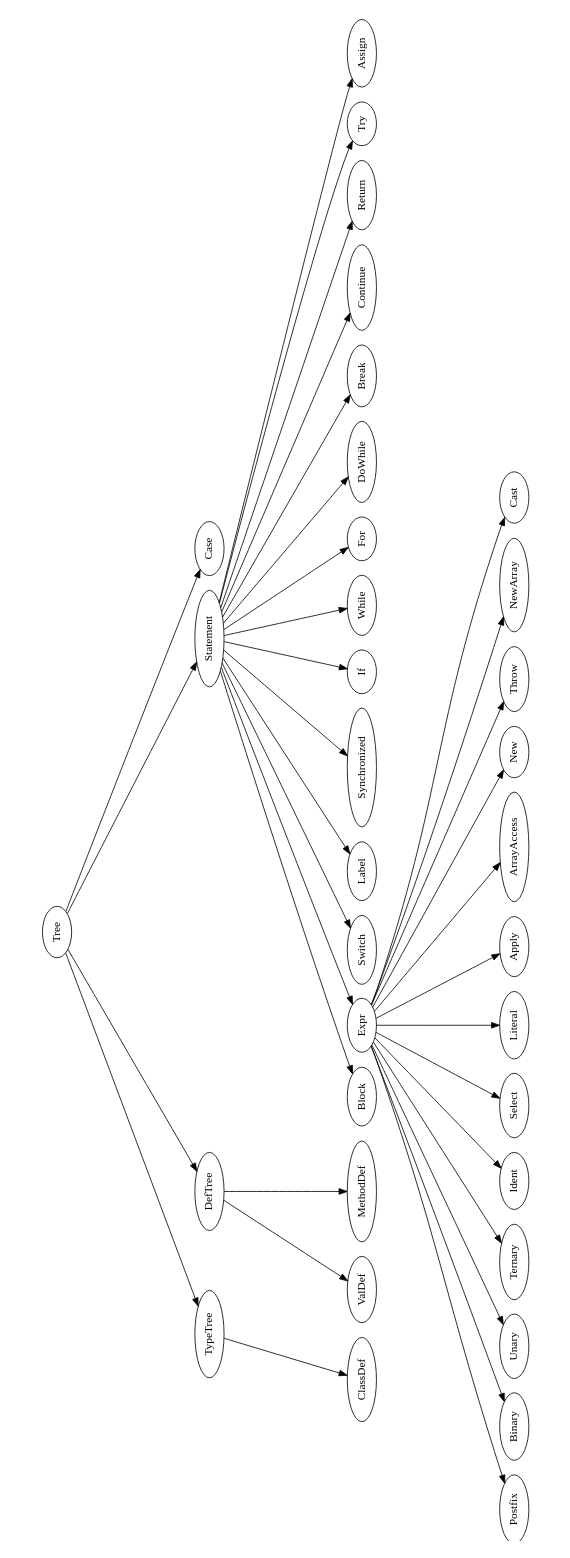
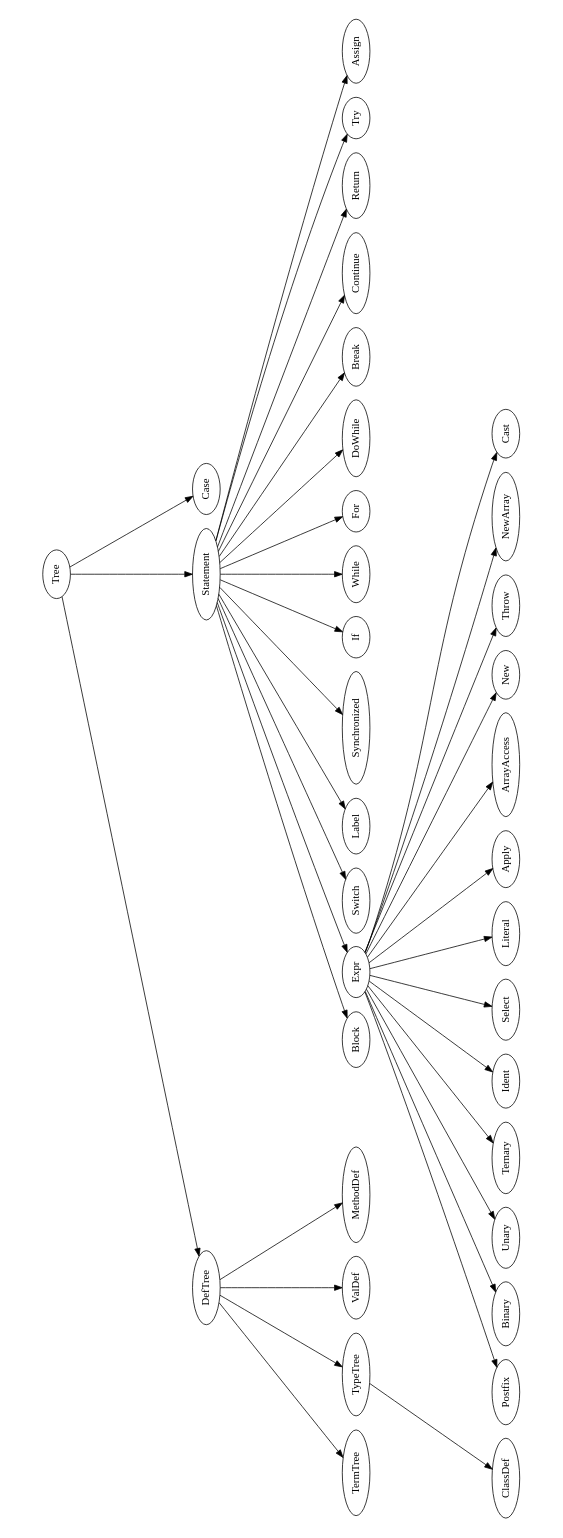
The diagram in javaast.dot (amanjpro/sana), drawn with Graphviz before and after one commit.

Commit message:
Make the Trees up to date with the source code

```diff
--- a/javaast.dot
+++ b/javaast.dot
@@ -1,84 +1,91 @@
 strict digraph JavaAST {
   size="10.0,3.5";
   orientation="landscape";
   ratio=fill;
   /*
+
+    -- DefTree
+    TermTree, TypeTree
     -- TypeTree
     class, interface
 
-    -- DefTree 
+    -- TermTree 
     filed, variable, param, 
     method, constructor 
 
 
     -- Statement
     switch, if, while, for, do-while, case, break
     block
     try-catch
     assignment
 
 
 
     -- Expr
     postfix, ternary, unary, binary
     literals
     cast
     new, ident
     method call, select
     new array, array access 
 
 
     
     -- Alone
     return
   */
-  Tree -> TypeTree;
   Tree -> DefTree;
   Tree -> Statement;
   Tree -> Case;
 
+
+  subgraph {
+    DefTree -> TermTree;
+    DefTree -> TypeTree;
+  }
 
   subgraph {
     TypeTree -> ClassDef;
   }
   
   subgraph {
     DefTree -> ValDef;
     DefTree -> MethodDef;
   }
 
   subgraph {
     Statement -> Block;
     Statement -> Expr;
     Statement -> Switch;
     Statement -> Label;
     Statement -> Synchronized;
     Statement -> If;
     Statement -> While;
     Statement -> For;
     Statement -> DoWhile;
     Statement -> Break;
     Statement -> Continue;
     Statement -> Return;
     Statement -> Try;
     Statement -> Assign;
   }
 
   subgraph {
     Expr -> Postfix;
     Expr -> Binary;
     Expr -> Unary;
     Expr -> Ternary;
     Expr -> Ident;
     Expr -> Select;
     Expr -> Literal;
     Expr -> Apply;
     Expr -> ArrayAccess;
     Expr -> New;
     Expr -> Throw;
     Expr -> NewArray;
     Expr -> Cast;
   }
   
 
 }
```
